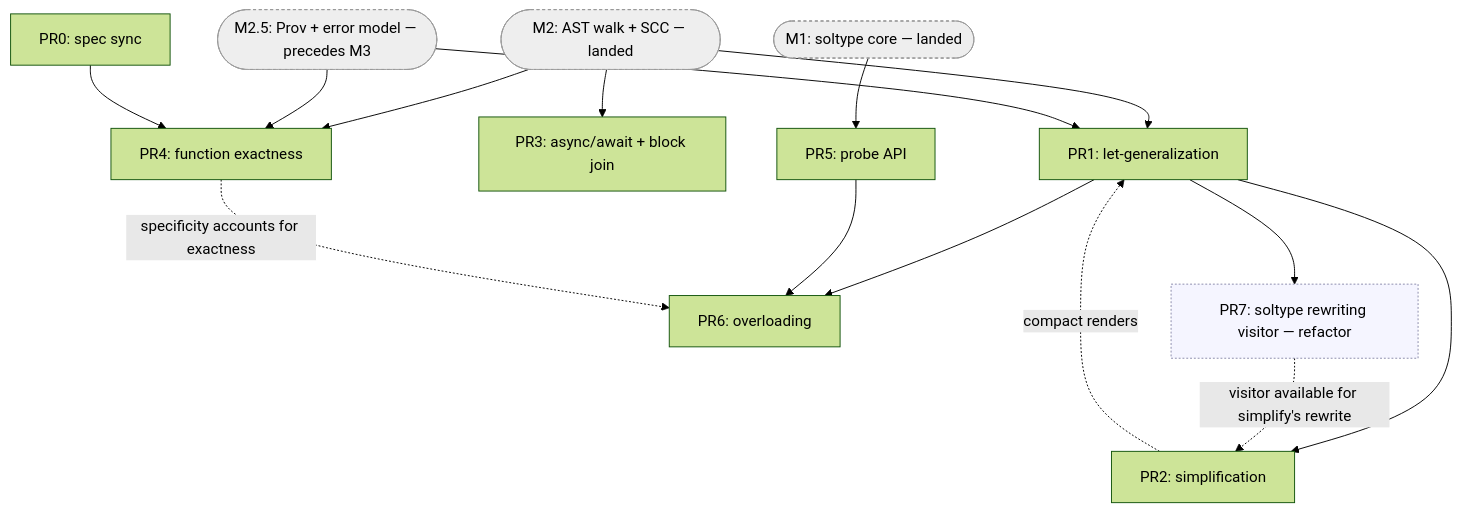
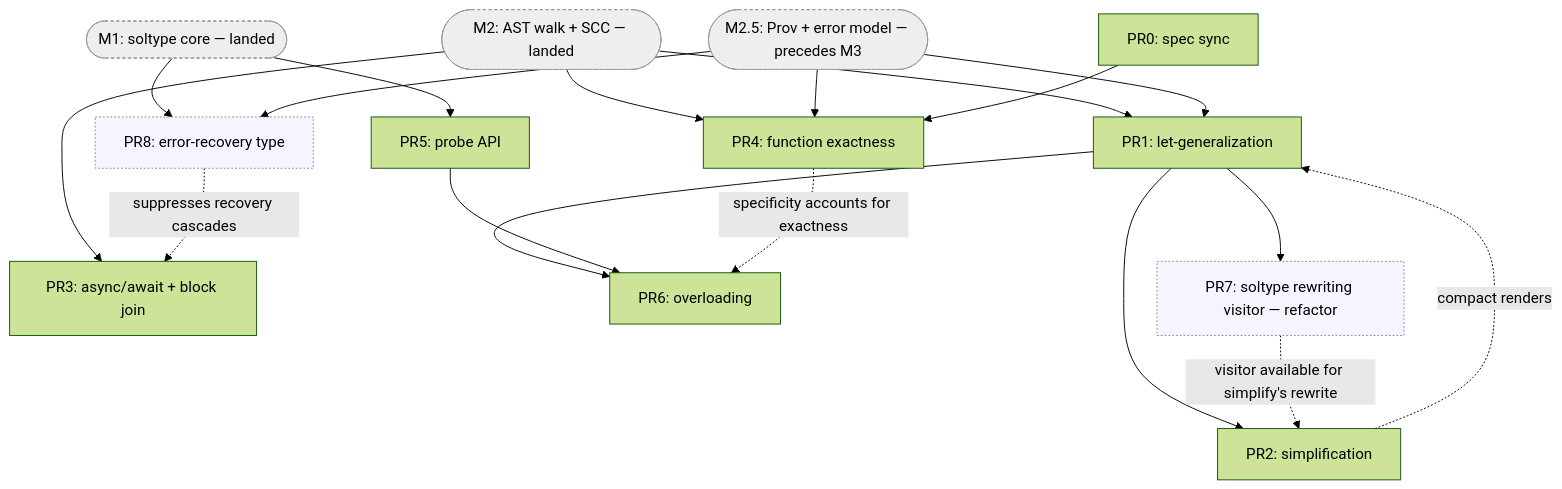
One commit to escalier-lang/escalier changed the diagram in planning/simple_sub/m3-implementation-plan.md. Above: the diagram before and after it, drawn with Mermaid (forest theme). The commit also changed other lines of this file, not shown here.

First line of the commit message:
M3 plan: add PR8 (error-recovery type)

````diff
--- a/planning/simple_sub/m3-implementation-plan.md
+++ b/planning/simple_sub/m3-implementation-plan.md
@@ -117,34 +119,38 @@
 ```mermaid
 flowchart TD
     M1([M1: soltype core — landed]):::prereq
     M2([M2: AST walk + SCC — landed]):::prereq
     M25([M2.5: Prov + error model — precedes M3]):::prereq
 
     PR0[PR0: spec sync]
     PR1[PR1: let-generalization]
     PR2[PR2: simplification]
     PR3[PR3: async/await + block join]
     PR4[PR4: function exactness]
     PR5[PR5: probe API]
     PR6[PR6: overloading]
     PR7[PR7: soltype rewriting visitor — refactor]
+    PR8[PR8: error-recovery type]
 
     M2 --> PR1
     M25 --> PR1
     M2 --> PR3
     M2 --> PR4
     M25 --> PR4
     M1 --> PR5
+    M1 --> PR8
+    M25 --> PR8
     PR0 --> PR4
     PR1 --> PR2
     PR1 --> PR6
     PR5 --> PR6
     PR1 --> PR7
     PR2 -. compact renders .-> PR1
     PR4 -. specificity accounts for exactness .-> PR6
     PR7 -. visitor available for simplify's rewrite .-> PR2
+    PR8 -. suppresses recovery cascades .-> PR3
 
     classDef prereq fill:#eee,stroke:#999,stroke-dasharray:3 3;
     classDef refactor fill:#f5f5ff,stroke:#88a,stroke-dasharray:2 2;
-    class PR7 refactor;
+    class PR7,PR8 refactor;
 ```
````
